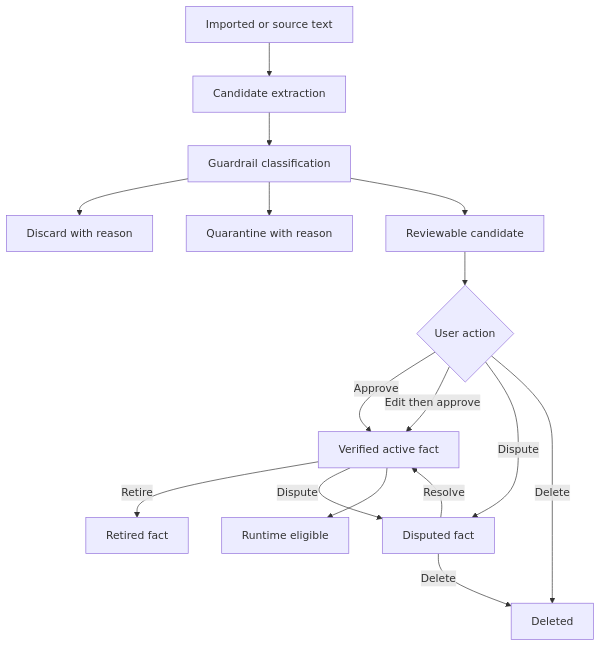
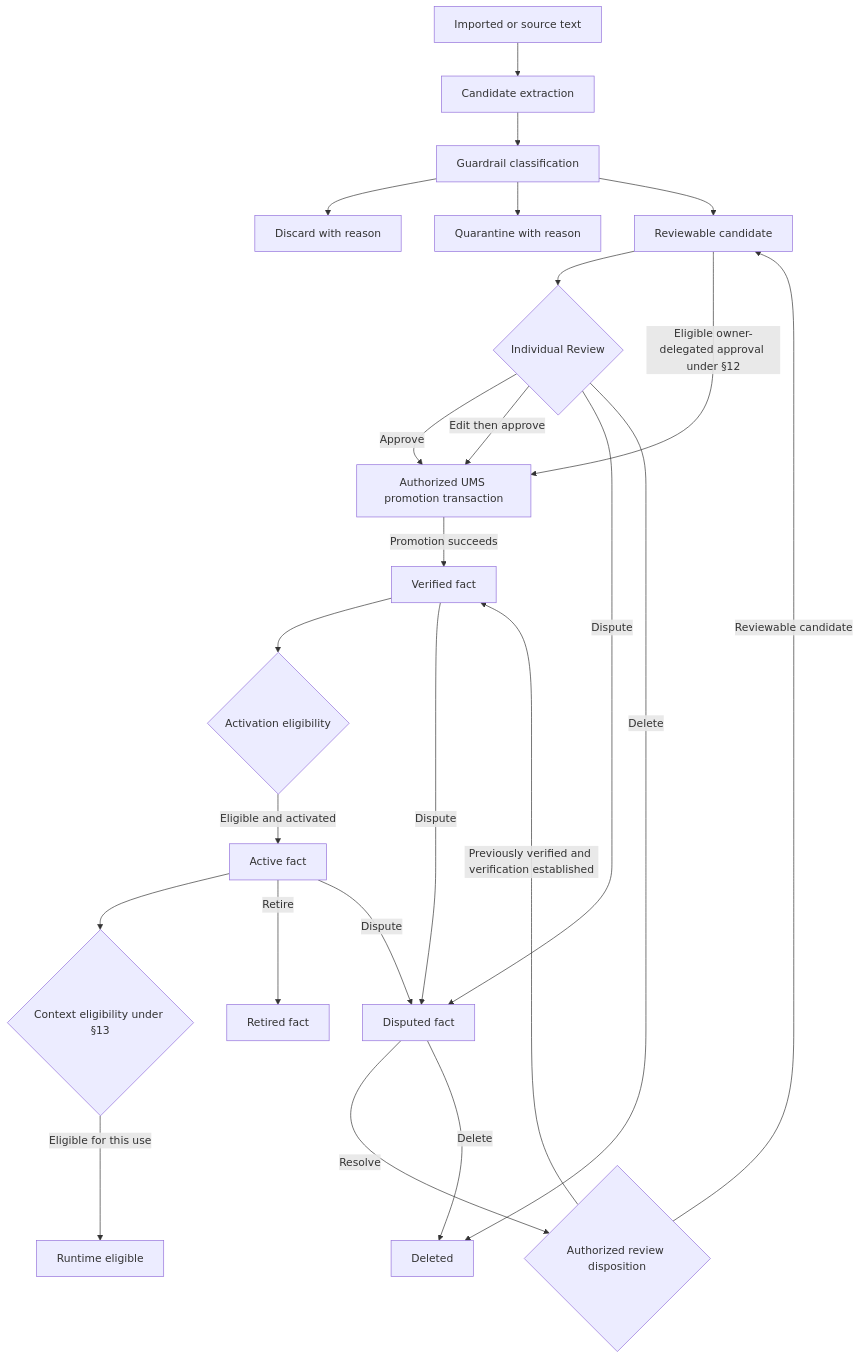
One commit to Resonant-Jones/Codexify changed the diagram in docs/architecture/personal-facts-guardrails-contract.md. Above: the diagram before and after it, drawn with Mermaid. The commit also changed other lines of this file and 11 other files, not shown here.

First line of the commit message:
docs(architecture): integrate ratified Guardian continuity governance (#1104)

````diff
--- a/docs/architecture/personal-facts-guardrails-contract.md
+++ b/docs/architecture/personal-facts-guardrails-contract.md
@@ -100,18 +110,26 @@
 ```mermaid
 flowchart TD
     S[Imported or source text] --> E[Candidate extraction]
     E --> G[Guardrail classification]
     G --> D[Discard with reason]
     G --> Q[Quarantine with reason]
     G --> R[Reviewable candidate]
-    R --> U{User action}
-    U -->|Approve| V[Verified active fact]
-    U -->|Edit then approve| V
+    R --> U{Individual Review}
+    U -->|Approve| P[Authorized UMS promotion transaction]
+    U -->|Edit then approve| P
+    R -->|Eligible owner-delegated approval under §12| P
+    P -->|Promotion succeeds| V[Verified fact]
+    V --> A{Activation eligibility}
+    A -->|Eligible and activated| AF[Active fact]
+    AF --> C{Context eligibility under §13}
+    C -->|Eligible for this use| RE[Runtime eligible]
     U -->|Dispute| DP[Disputed fact]
     U -->|Delete| DL[Deleted]
-    V -->|Retire| RT[Retired fact]
+    AF -->|Retire| RT[Retired fact]
     V -->|Dispute| DP
-    DP -->|Resolve| V
+    AF -->|Dispute| DP
+    DP -->|Resolve| RD{Authorized review disposition}
+    RD -->|Reviewable candidate| R
+    RD -->|Previously verified and verification established| V
     DP -->|Delete| DL
-    V --> RE[Runtime eligible]
 ```
````
